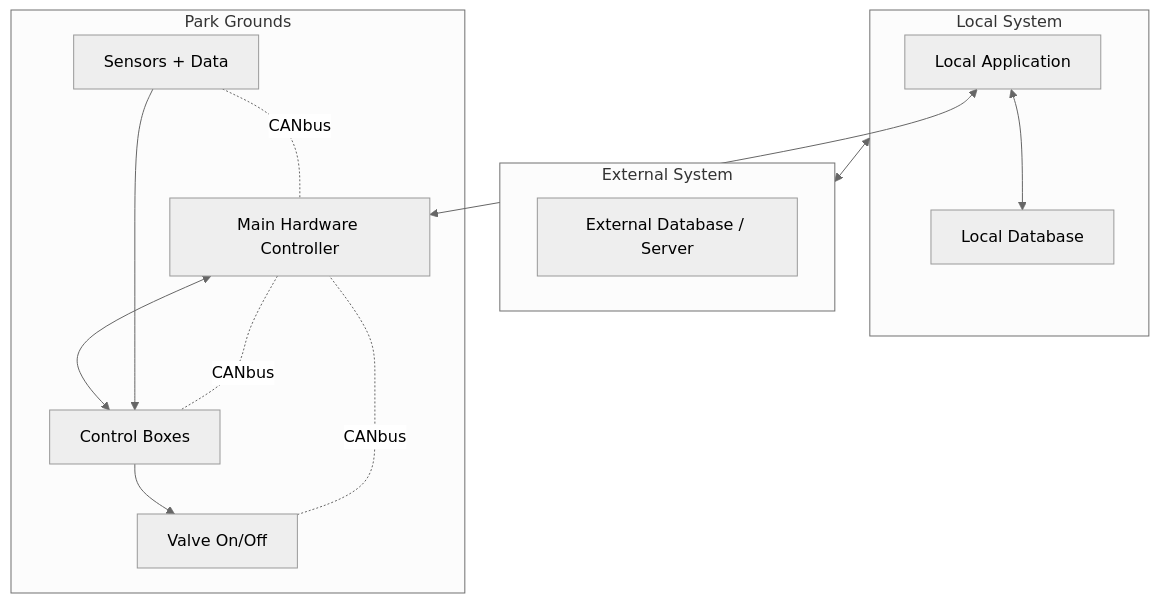
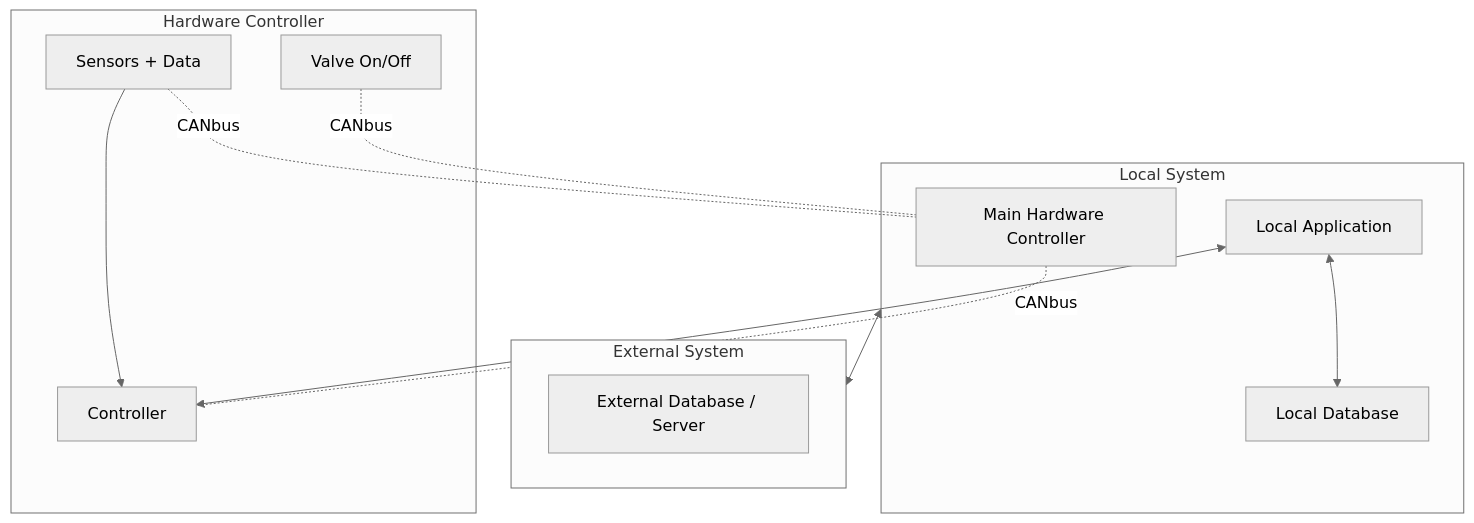
Before and after one commit to Rackhamn/rackhamn.github.io: the diagram in mermaid/app_graph.md, drawn with Mermaid (neutral theme).

````diff
--- a/mermaid/app_graph.md
+++ b/mermaid/app_graph.md
@@ -1,32 +1,30 @@
 ```mermaid
 flowchart TD
     subgraph Local_System[Local System]
         app[Local Application]
         db[Local Database]
+        mhc[Main Hardware Controller]
     end
 
     subgraph External_System[External System]
         extdb[External Database / Server]
     end
 
-    subgraph Hardware[Park Grounds]
-        mhc[Main Hardware Controller]
-        cb[Control Boxes]
+    subgraph Hardware[Hardware Controller]
+        cb[Controller]
         valve[Valve On/Off]
         sensors[Sensors + Data]
     end
 
     %% Connections
     Local_System <--> External_System
     app <--> db
-
-    app <--> mhc
-    mhc <--> cb
-    cb --> valve
+    app <--> cb
+    
     sensors --> cb
 
     %% Notes
     mhc -. CANbus .- cb
     sensors -. CANbus .- mhc
     valve -. CANbus .- mhc
 ```
````
